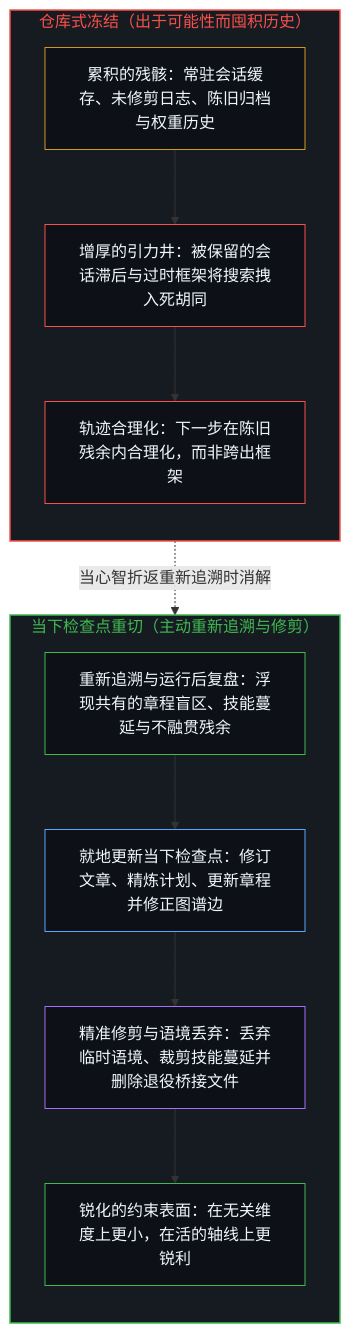
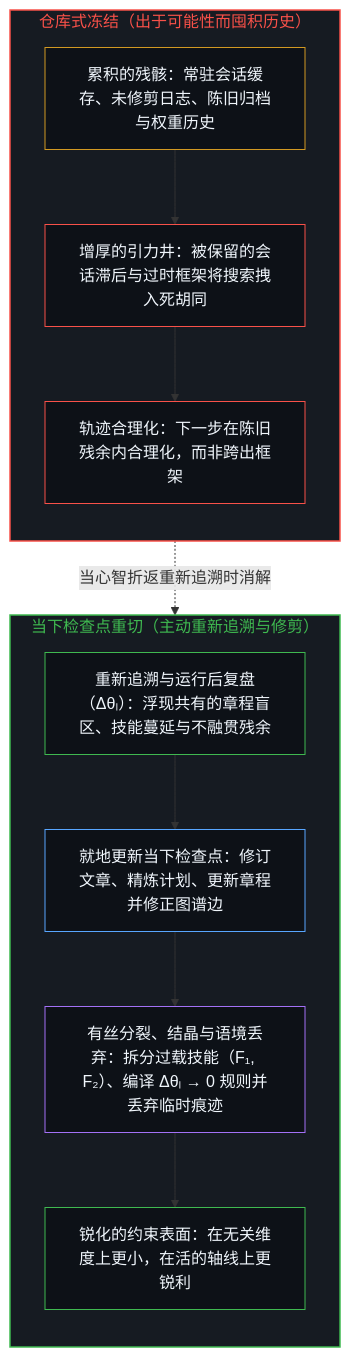
One commit to powerpig99/not-a-toe changed the third of 4 diagrams in content/posts/your-codebase-is-memory.md. Above: the diagram before and after it, drawn with Mermaid. The commit also changed other lines of this file and 9 other files, not shown here.

````diff
--- a/content/posts/your-codebase-is-memory.md
+++ b/content/posts/your-codebase-is-memory.md
@@ -119,28 +119,28 @@
 ```mermaid
 flowchart TD
     subgraph S_Hoard["仓库式冻结（出于可能性而囤积历史）"]
         direction TB
         Store["累积的残骸：常驻会话缓存、未修剪日志、陈旧归档与权重历史"]
         Gravity["增厚的引力井：被保留的会话滞后与过时框架将搜索拽入死胡同"]
         Rat["轨迹合理化：下一步在陈旧残余内合理化，而非跨出框架"]
         Store --> Gravity --> Rat
     end
     subgraph S_Checkpoint["当下检查点重切（主动重新追溯与修剪）"]
         direction TB
-        Retrace["重新追溯与运行后复盘：浮现共有的章程盲区、技能蔓延与不融贯残余"]
+        Retrace["重新追溯与运行后复盘（Δθₗ）：浮现共有的章程盲区、技能蔓延与不融贯残余"]
         Recut["就地更新当下检查点：修订文章、精炼计划、更新章程并修正图谱边"]
-        Prune["精准修剪与语境丢弃：丢弃临时语境、裁剪技能蔓延并删除退役桥接文件"]
+        Prune["有丝分裂、结晶与语境丢弃：拆分过载技能（F₁, F₂）、编译 Δθₗ → 0 规则并丢弃临时痕迹"]
         Clean["锐化的约束表面：在无关维度上更小，在活的轴线上更锐利"]
         Retrace --> Recut --> Prune --> Clean
     end
     Rat -.->|"当心智折返重新追溯时消解"| Retrace
     style S_Hoard fill:#161b22,stroke:#f85149,stroke-width:1.5px,color:#f85149
     style S_Checkpoint fill:#161b22,stroke:#3fb950,stroke-width:1.5px,color:#3fb950
     style Store fill:#0d1117,stroke:#d29922,stroke-width:1px,color:#f0f6fc
     style Gravity fill:#0d1117,stroke:#f85149,stroke-width:1px,color:#f0f6fc
     style Rat fill:#0d1117,stroke:#f85149,stroke-width:1px,color:#f0f6fc
     style Retrace fill:#0d1117,stroke:#3fb950,stroke-width:1px,color:#f0f6fc
     style Recut fill:#0d1117,stroke:#58a6ff,stroke-width:1px,color:#f0f6fc
     style Prune fill:#0d1117,stroke:#a371f7,stroke-width:1px,color:#f0f6fc
     style Clean fill:#0d1117,stroke:#3fb950,stroke-width:1px,color:#f0f6fc
 ```
````
